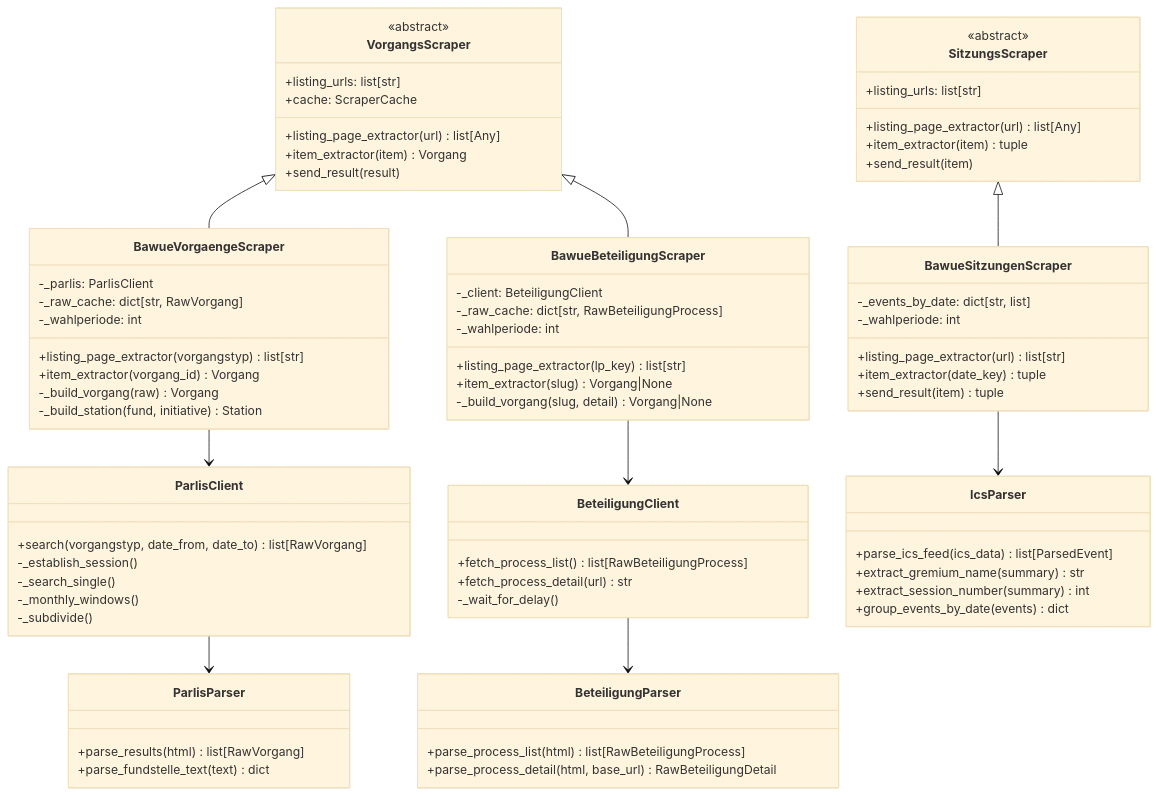
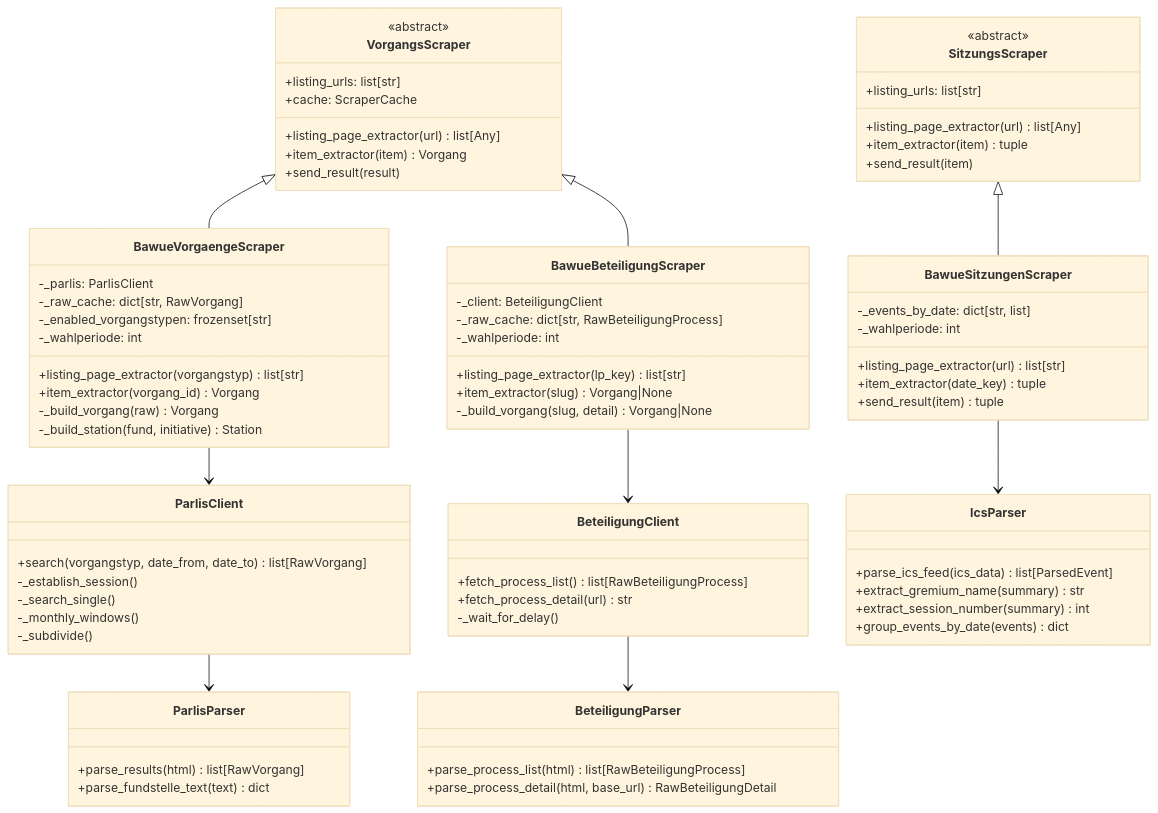
Before and after one commit to Parlamentszusammenfasser/pazufa-scraper-bw: the third of 4 diagrams in docs/architecture.md, drawn with Mermaid (base theme). The commit also changed other lines of this file and 4 other files, not shown here.

```diff
--- a/docs/architecture.md
+++ b/docs/architecture.md
@@ -145,6 +145,7 @@
     class BawueVorgaengeScraper {
         -_parlis: ParlisClient
         -_raw_cache: dict[str, RawVorgang]
+        -_enabled_vorgangstypen: frozenset[str]
         -_wahlperiode: int
         +listing_page_extractor(vorgangstyp) list[str]
         +item_extractor(vorgang_id) Vorgang
```
